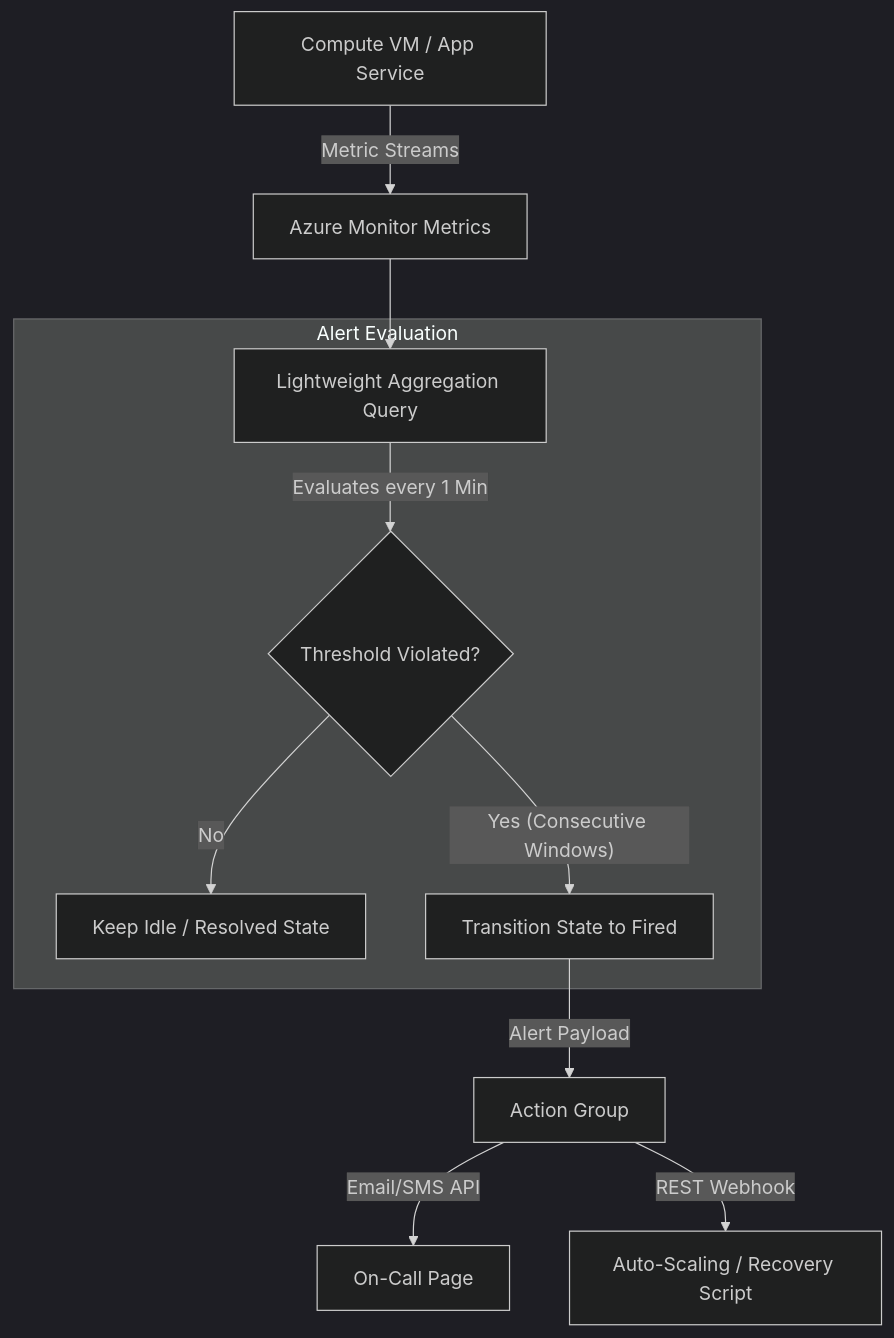
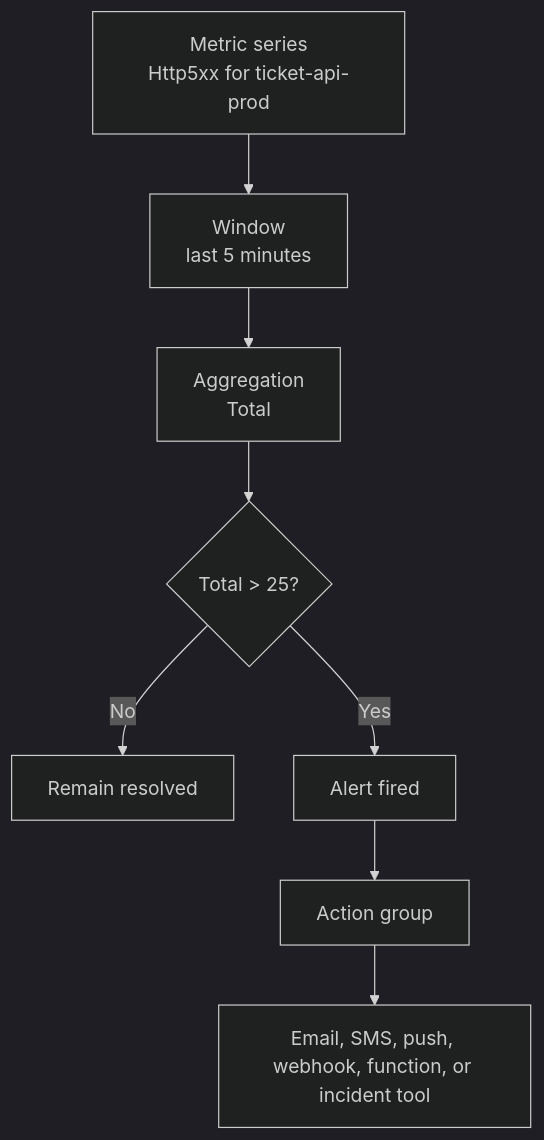
The diagram in cloud-providers/azure/observability/metrics-and-alerts.md (senlinyy/dev-roadmaps), drawn with Mermaid (dark theme) before and after one commit. The commit also changed other lines of this file and 237 other files, not shown here.

````diff
--- a/cloud-providers/azure/observability/metrics-and-alerts.md
+++ b/cloud-providers/azure/observability/metrics-and-alerts.md
@@ -161,16 +141,10 @@
 ```mermaid
 flowchart TD
-    Resource["Compute VM / App Service"] -->|"Metric Streams"| MetricDB["Azure Monitor Metrics"]
-
-    subgraph AlertEngine["Alert Evaluation"]
-        Evaluator["Lightweight Aggregation Query"] -->|"Evaluates every 1 Min"| ConditionCheck{"Threshold Violated?"}
-        ConditionCheck -->|"No"| Idle["Keep Idle / Resolved State"]
-        ConditionCheck -->|"Yes (Consecutive Windows)"| Transition["Transition State to Fired"]
-    end
-
-    MetricDB --> Evaluator
-    Transition -->|"Alert Payload"| ActionGateway["Action Group"]
-
-    ActionGateway -->|"Email/SMS API"| OnCall["On-Call Page"]
-    ActionGateway -->|"REST Webhook"| Automation["Auto-Scaling / Recovery Script"]
+    MetricSeries["Metric series<br/>Http5xx for ticket-api-prod"] --> Window["Window<br/>last 5 minutes"]
+    Window --> Aggregation["Aggregation<br/>Total"]
+    Aggregation --> Compare{"Total > 25?"}
+    Compare -->|"No"| Healthy["Remain resolved"]
+    Compare -->|"Yes"| Fired["Alert fired"]
+    Fired --> ActionGroup["Action group"]
+    ActionGroup --> Notify["Email, SMS, push, webhook, function, or incident tool"]
 ```
````
